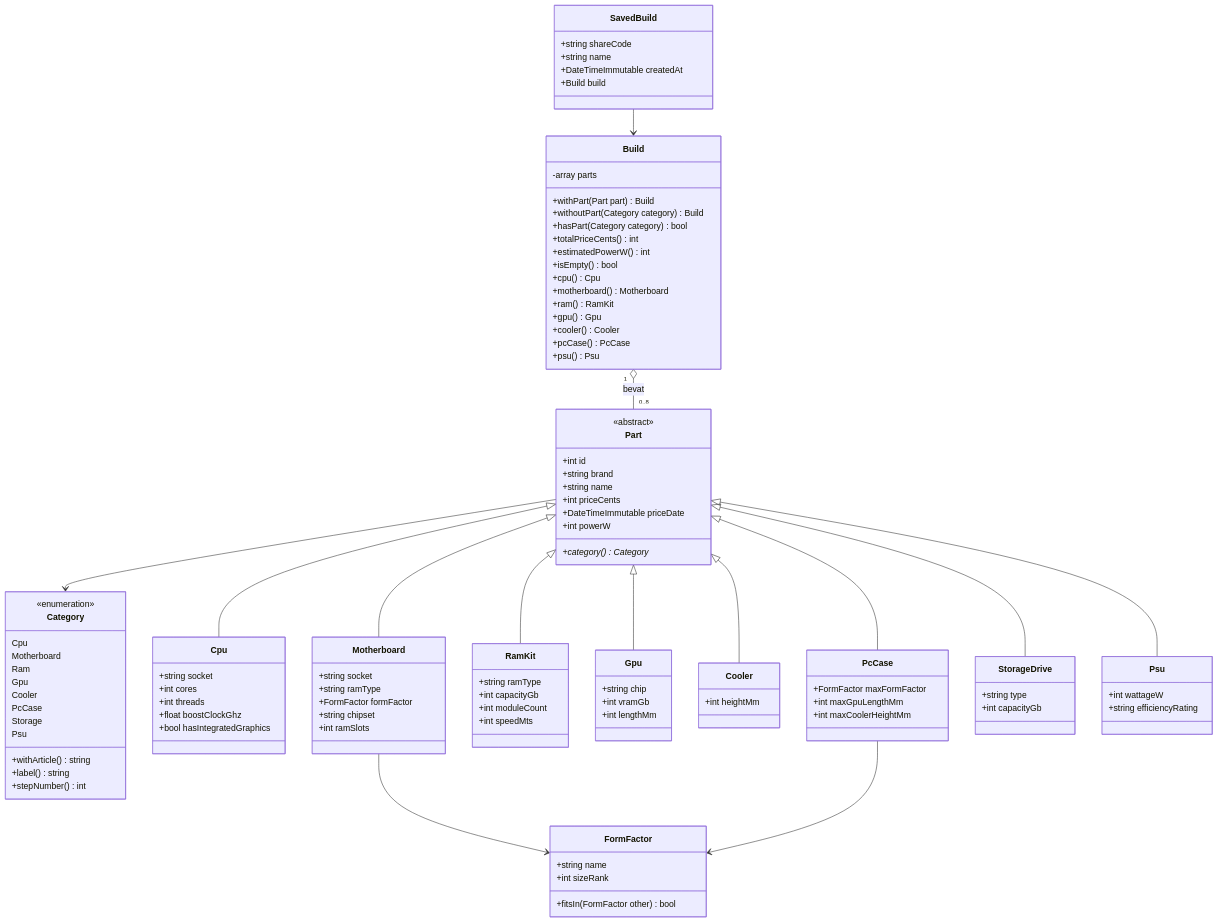
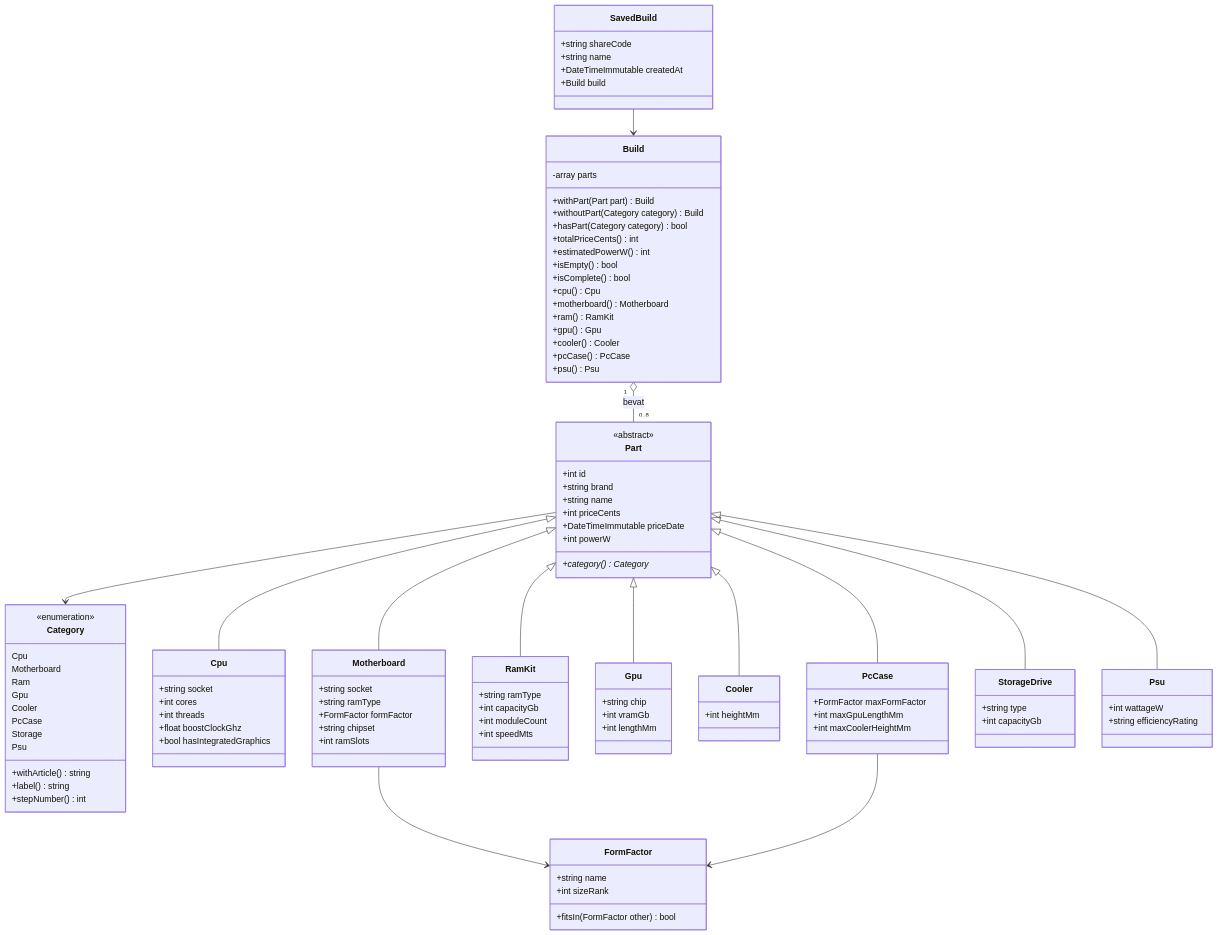
The fourth of 8 diagrams in docs/ontwerp.md (Niels023/pc-bouwplanner), drawn with Mermaid before and after one commit. The commit also changed other lines of this file and 5 other files, not shown here.

```diff
--- a/docs/ontwerp.md
+++ b/docs/ontwerp.md
@@ -284,6 +284,7 @@
         +totalPriceCents() int
         +estimatedPowerW() int
         +isEmpty() bool
+        +isComplete() bool
         +cpu() Cpu
         +motherboard() Motherboard
         +ram() RamKit
```
